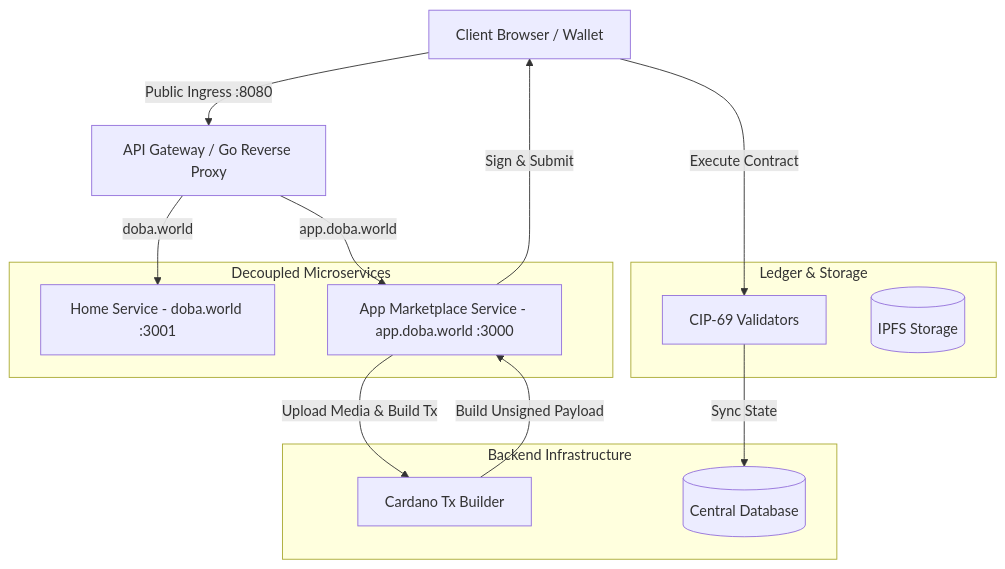
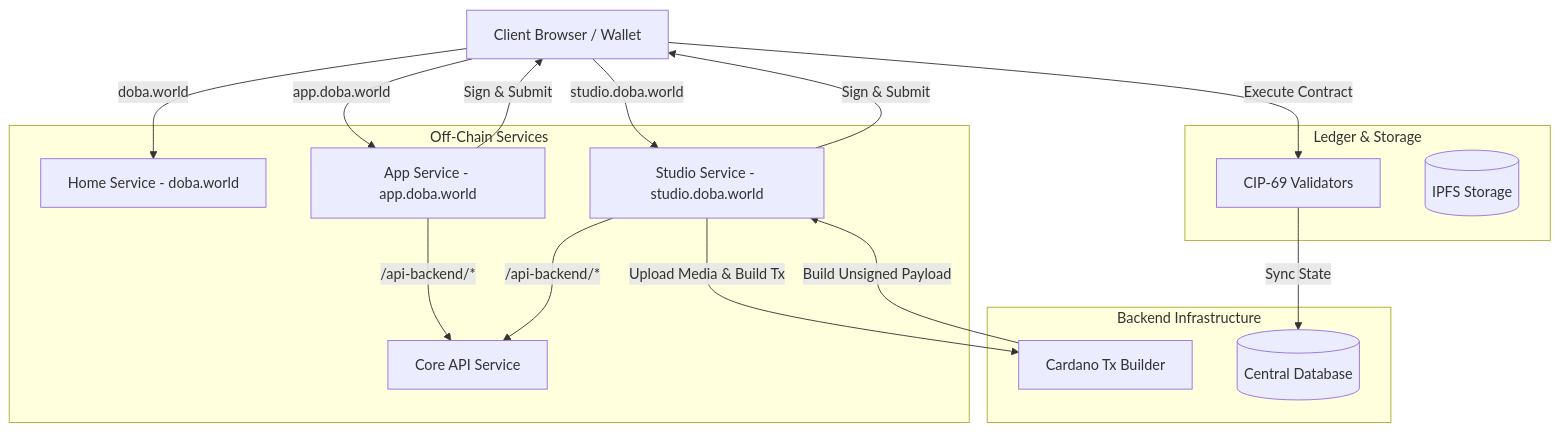
One commit to IanoNjuguna/bookish-worm changed the diagram in ARCHITECTURE.md. Above: the diagram before and after it, drawn with Mermaid. The commit also changed other lines of this file and 7 other files, not shown here.

````diff
--- a/ARCHITECTURE.md
+++ b/ARCHITECTURE.md
@@ -21,32 +20,35 @@
 ```mermaid
 graph TD
-    %% Clients & Gateway
-    Client[Client Browser / Wallet] -->|Public Ingress :8080| Gateway[API Gateway / Go Reverse Proxy]
+    %% Clients
+    Client[Client Browser / Wallet] -->|doba.world| Home
+    Client -->|app.doba.world| App
+    Client -->|studio.doba.world| Studio
 
-    %% Microservices Layer
-    subgraph Microservices [Decoupled Microservices]
-        Home[Home Service - doba.world :3001]
-        App[App Marketplace Service - app.doba.world :3000]
+    %% Services Layer
+    subgraph Services [Off-Chain Services]
+        Home[Home Service - doba.world]
+        App[App Service - app.doba.world]
+        Studio[Studio Service - studio.doba.world]
+        API[Core API Service]
     end
-
-    %% Gateway Routing
-    Gateway -->|doba.world| Home
-    Gateway -->|app.doba.world| App
 
     %% Backend & On-Chain Integrations
     subgraph Backend [Backend Infrastructure]
         TxPipe[Cardano Tx Builder]
         DB[(Central Database)]
     end
 
     subgraph Blockchain [Ledger & Storage]
         C69Val[CIP-69 Validators]
         Storage[(IPFS Storage)]
     end
 
-    App -->|Upload Media & Build Tx| TxPipe
-    TxPipe -->|Build Unsigned Payload| App
+    App -->|/api-backend/*| API
+    Studio -->|/api-backend/*| API
+    Studio -->|Upload Media & Build Tx| TxPipe
+    TxPipe -->|Build Unsigned Payload| Studio
     App -->|Sign & Submit| Client
+    Studio -->|Sign & Submit| Client
     Client -->|Execute Contract| C69Val
     C69Val -->|Sync State| DB
 ```
````
